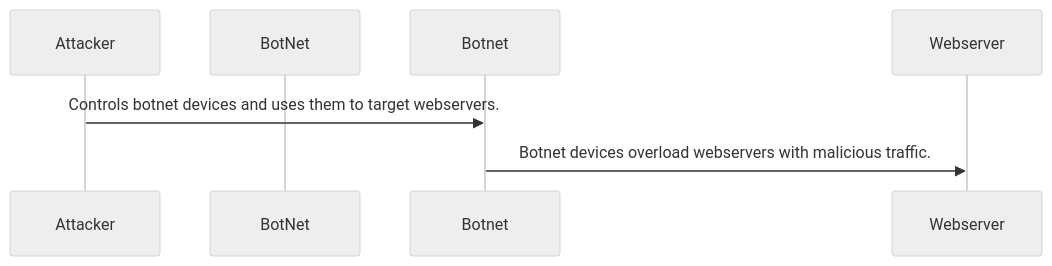
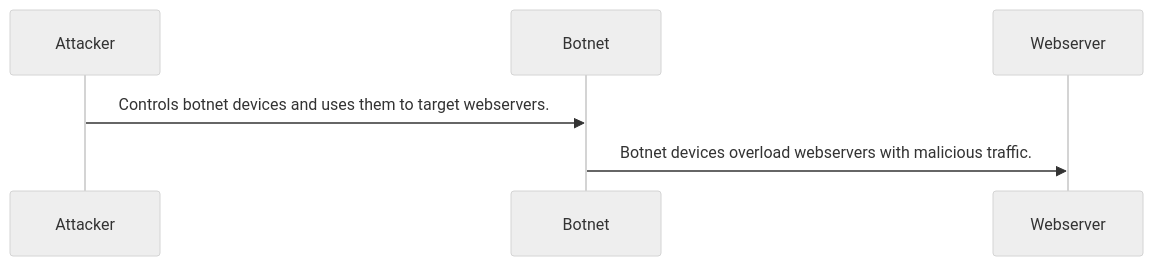
One commit to jdignam/jdignam.github.io changed the diagram in DDoS_Attack_Sequence.md. Above: the diagram before and after it, drawn with Mermaid (neutral theme).

````diff
--- a/DDoS_Attack_Sequence.md
+++ b/DDoS_Attack_Sequence.md
@@ -1,7 +1,6 @@
 ```mermaid
 sequenceDiagram
 participant Attacker
-participant BotNet
 Attacker->>Botnet: Controls botnet devices and uses them to target webservers.
 Botnet->>Webserver: Botnet devices overload webservers with malicious traffic.
 ```
````
